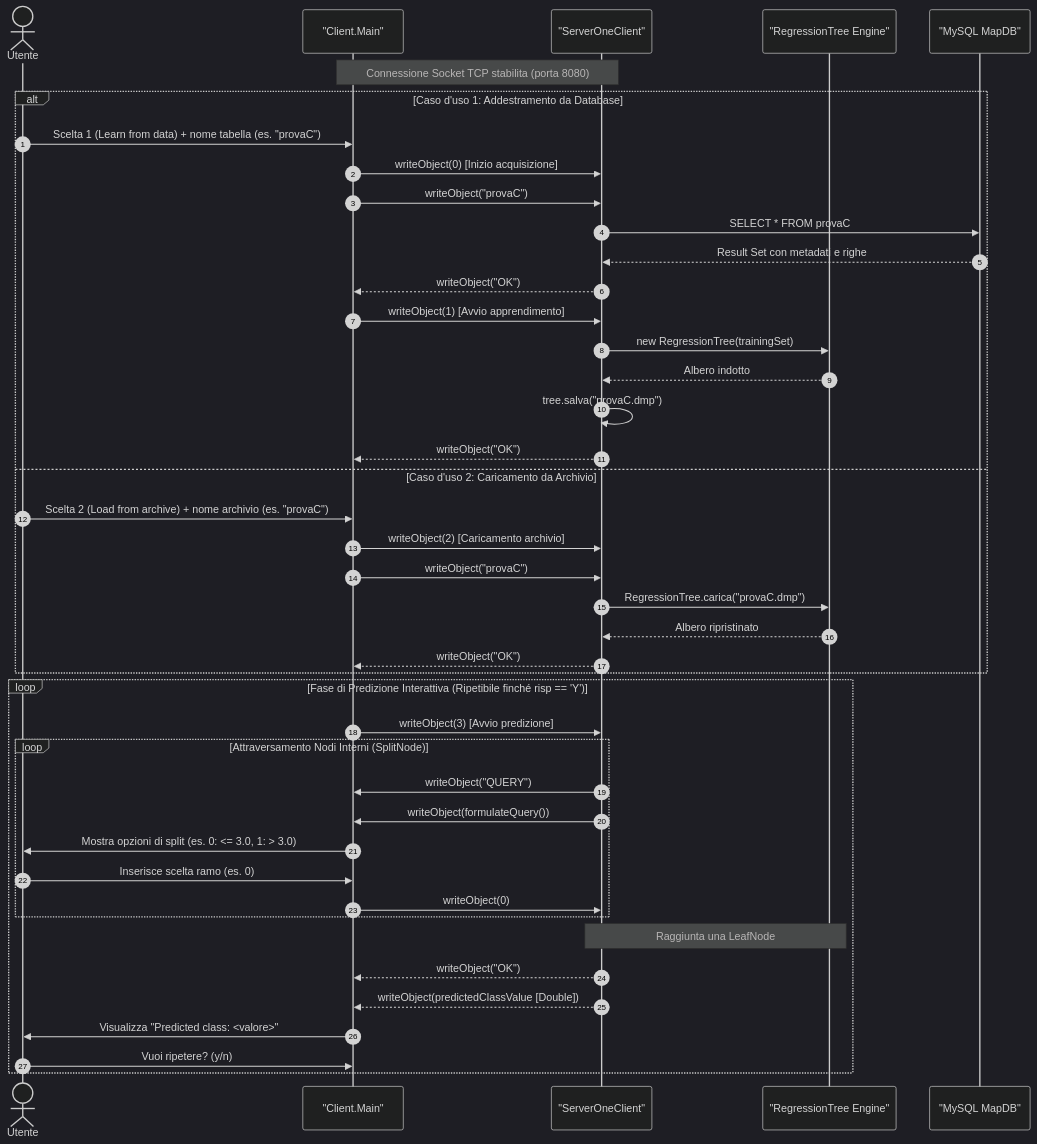
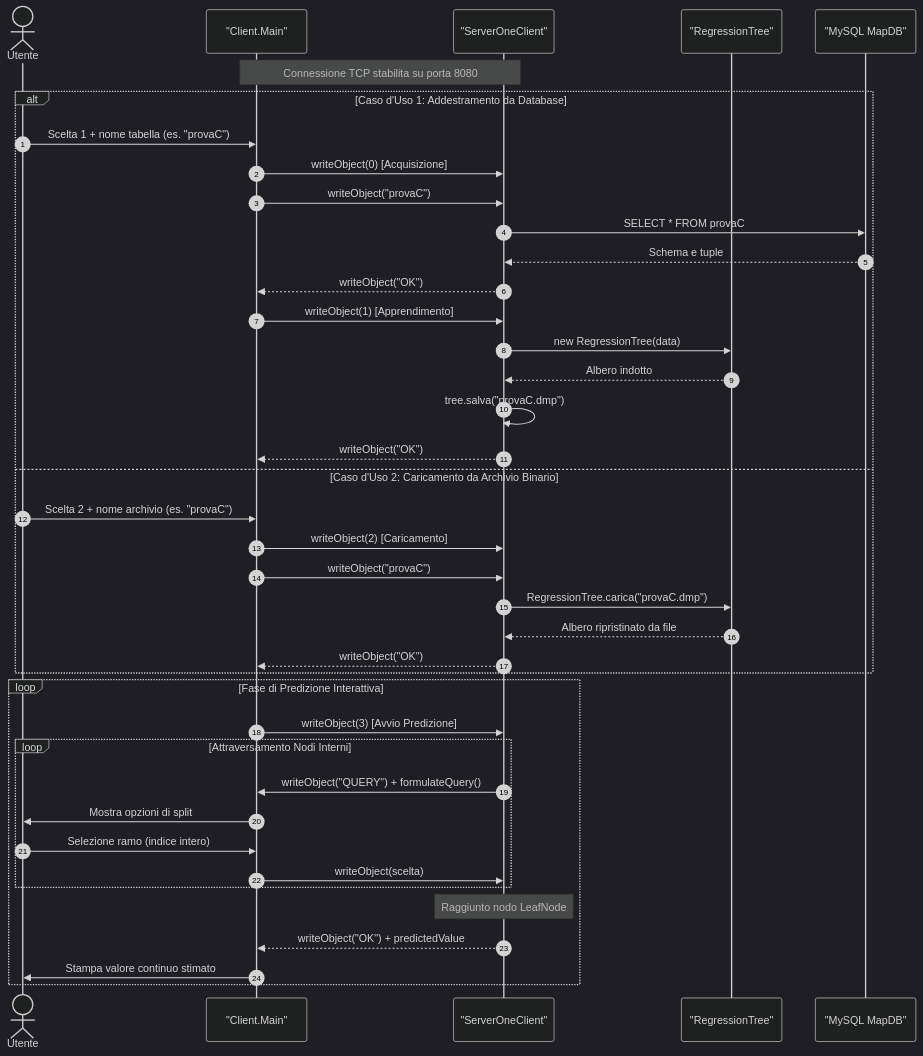
The second of 3 diagrams in docs/guida-tecnica.md (MarcoDiana/Albero_di_regressione), drawn with Mermaid (dark theme) before and after one commit. The commit also changed other lines of this file and 6 other files, not shown here.

Commit message:
docs: streamline technical guide and guarantee rendered mermaid vector diagrams in pdfs

````diff
--- a/docs/guida-tecnica.md
+++ b/docs/guida-tecnica.md
@@ -286,49 +106,45 @@
 ```mermaid
 sequenceDiagram
     autonumber
     actor Utente
     participant Client as "Client.Main"
     participant Server as "ServerOneClient"
-    participant Engine as "RegressionTree Engine"
+    participant Engine as "RegressionTree"
     participant DB as "MySQL MapDB"
 
-    Note over Client,Server: Connessione Socket TCP stabilita (porta 8080)
+    Note over Client,Server: Connessione TCP stabilita su porta 8080
 
-    alt Caso d'uso 1: Addestramento da Database
-        Utente->>Client: Scelta 1 (Learn from data) + nome tabella (es. "provaC")
-        Client->>Server: writeObject(0) [Inizio acquisizione]
+    alt Caso d'Uso 1: Addestramento da Database
+        Utente->>Client: Scelta 1 + nome tabella (es. "provaC")
+        Client->>Server: writeObject(0) [Acquisizione]
         Client->>Server: writeObject("provaC")
         Server->>DB: SELECT * FROM provaC
-        DB-->>Server: Result Set con metadati e righe
+        DB-->>Server: Schema e tuple
         Server-->>Client: writeObject("OK")
-        
-        Client->>Server: writeObject(1) [Avvio apprendimento]
-        Server->>Engine: new RegressionTree(trainingSet)
+        Client->>Server: writeObject(1) [Apprendimento]
+        Server->>Engine: new RegressionTree(data)
         Engine-->>Server: Albero indotto
         Server->>Server: tree.salva("provaC.dmp")
         Server-->>Client: writeObject("OK")
-    else Caso d'uso 2: Caricamento da Archivio
-        Utente->>Client: Scelta 2 (Load from archive) + nome archivio (es. "provaC")
-        Client->>Server: writeObject(2) [Caricamento archivio]
+    else Caso d'Uso 2: Caricamento da Archivio Binario
+        Utente->>Client: Scelta 2 + nome archivio (es. "provaC")
+        Client->>Server: writeObject(2) [Caricamento]
         Client->>Server: writeObject("provaC")
         Server->>Engine: RegressionTree.carica("provaC.dmp")
-        Engine-->>Server: Albero ripristinato
+        Engine-->>Server: Albero ripristinato da file
         Server-->>Client: writeObject("OK")
     end
 
-    loop Fase di Predizione Interattiva (Ripetibile finché risp == 'Y')
-        Client->>Server: writeObject(3) [Avvio predizione]
-        loop Attraversamento Nodi Interni (SplitNode)
-            Server->>Client: writeObject("QUERY")
-            Server->>Client: writeObject(formulateQuery())
-            Client->>Utente: Mostra opzioni di split (es. 0: <= 3.0, 1: > 3.0)
-            Utente->>Client: Inserisce scelta ramo (es. 0)
-            Client->>Server: writeObject(0)
+    loop Fase di Predizione Interattiva
+        Client->>Server: writeObject(3) [Avvio Predizione]
+        loop Attraversamento Nodi Interni
+            Server->>Client: writeObject("QUERY") + formulateQuery()
+            Client->>Utente: Mostra opzioni di split
+            Utente->>Client: Selezione ramo (indice intero)
+            Client->>Server: writeObject(scelta)
         end
-        Note over Server,Engine: Raggiunta una LeafNode
-        Server-->>Client: writeObject("OK")
-        Server-->>Client: writeObject(predictedClassValue [Double])
-        Client->>Utente: Visualizza "Predicted class: <valore>"
-        Utente->>Client: Vuoi ripetere? (y/n)
+        Note over Server: Raggiunto nodo LeafNode
+        Server-->>Client: writeObject("OK") + predictedValue
+        Client->>Utente: Stampa valore continuo stimato
     end
 ```
````
